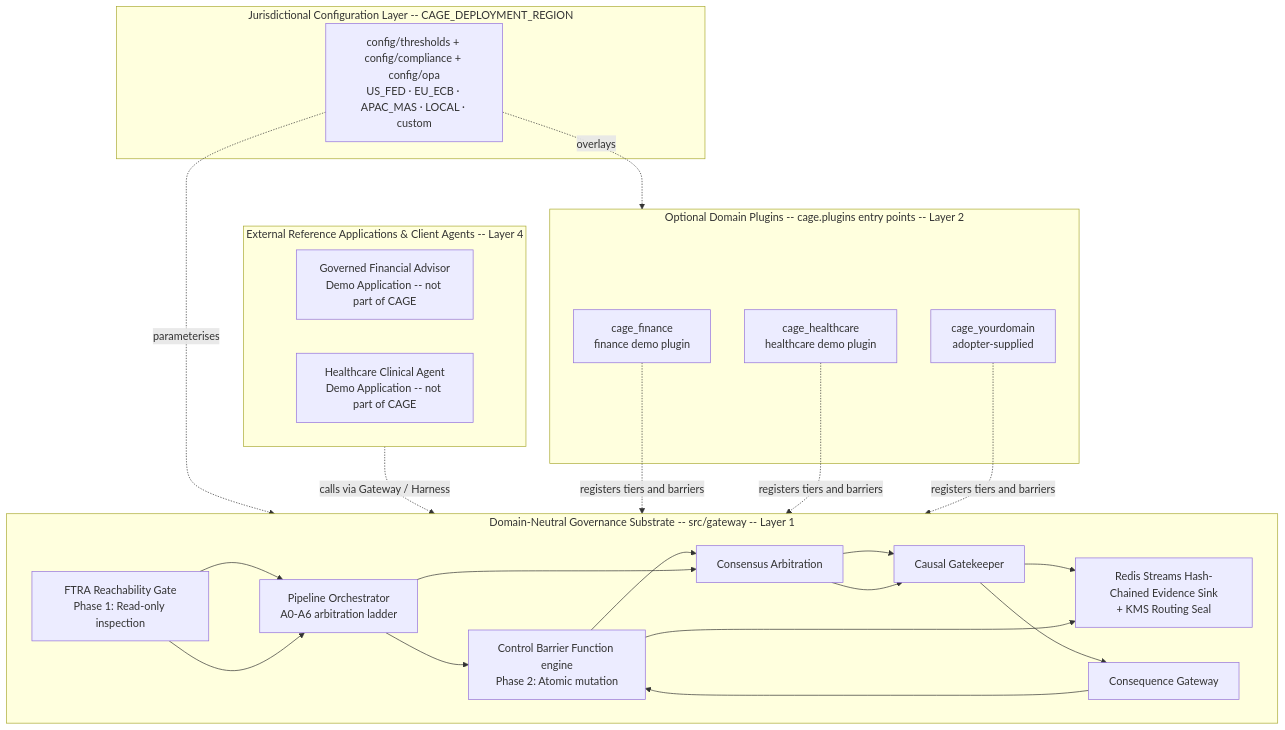
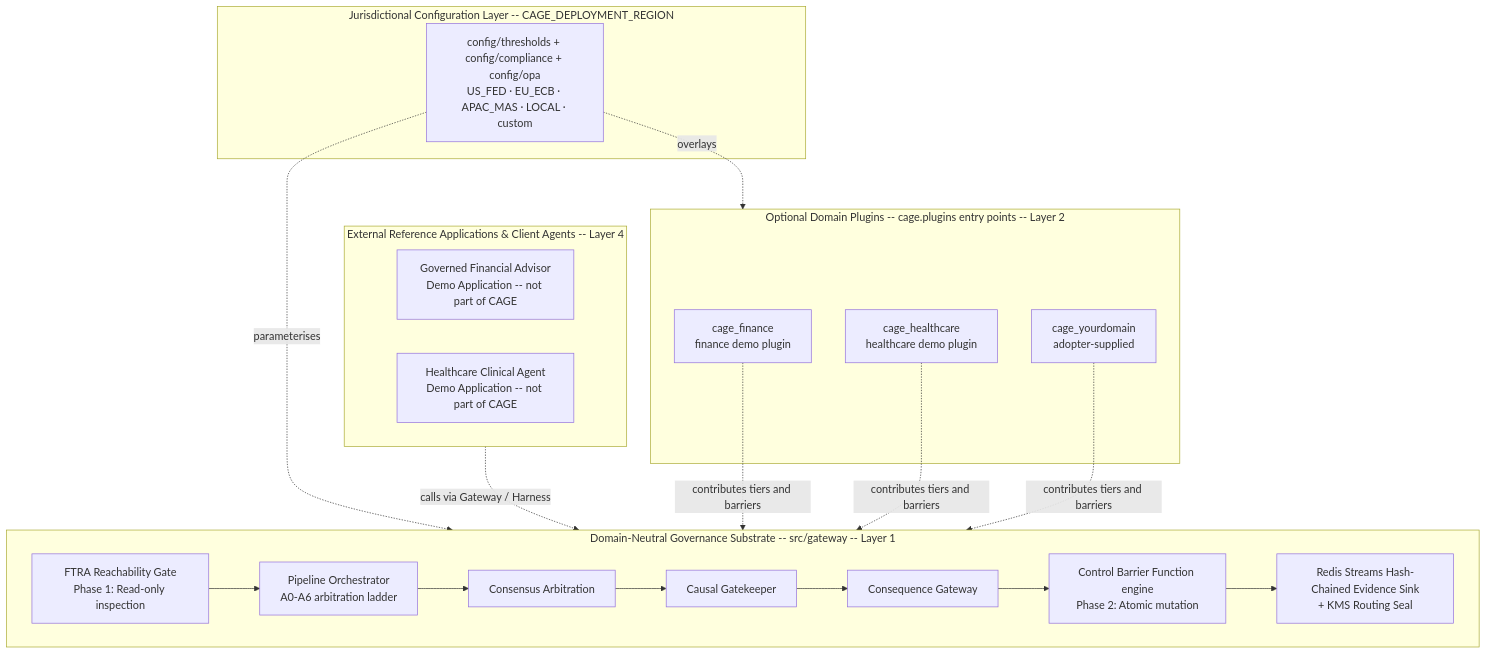
The diagram in README.md (google/cybernetic-agent-governance-engine), drawn with Mermaid before and after one commit. The commit also changed other lines of this file and 33 other files, not shown here.

Commit message:
docs(docs): sync core and architecture docs with HEAD (#324)

````diff
--- a/README.md
+++ b/README.md
@@ -257,39 +254,35 @@
 ```mermaid
 graph TB
     subgraph CFG[Jurisdictional Configuration Layer -- CAGE_DEPLOYMENT_REGION]
         REG[config/thresholds + config/compliance + config/opa<br/>US_FED · EU_ECB · APAC_MAS · LOCAL · custom]
     end
 
     subgraph APP[External Reference Applications & Client Agents -- Layer 4]
         GFA[Governed Financial Advisor<br/>Demo Application -- not part of CAGE]
         HLTH_APP[Healthcare Clinical Agent<br/>Demo Application -- not part of CAGE]
     end
 
     subgraph PLG[Optional Domain Plugins -- cage.plugins entry points -- Layer 2]
         FIN[cage_finance<br/>finance demo plugin]
         HLTH[cage_healthcare<br/>healthcare demo plugin]
         CUST[cage_yourdomain<br/>adopter-supplied]
     end
 
     subgraph CORE[Domain-Neutral Governance Substrate -- src/gateway -- Layer 1]
-        FTRA[FTRA Reachability Gate]
         FTRA[FTRA Reachability Gate<br/>Phase 1: Read-only inspection]
         ORCH[Pipeline Orchestrator<br/>A0-A6 arbitration ladder]
-        CBF[Control Barrier Function engine<br/>atomic Lua hop]
-        CBF[Control Barrier Function engine<br/>Phase 2: Atomic mutation]
         CONS[Consensus Arbitration]
         CAUS[Causal Gatekeeper]
-        EVID[Evidence Chain + KMS Routing Seal]
         CGW[Consequence Gateway]
+        CBF[Control Barrier Function engine<br/>Phase 2: Atomic mutation]
         EVID[Redis Streams Hash-Chained Evidence Sink<br/>+ KMS Routing Seal]
     end
 
     REG -.parameterises.-> CORE
     REG -.overlays.-> PLG
     APP -.calls via Gateway / Harness.-> CORE
-    FIN -.registers tiers and barriers.-> CORE
-    HLTH -.registers tiers and barriers.-> CORE
-    CUST -.registers tiers and barriers.-> CORE
-    FTRA --> ORCH --> CBF --> CONS --> CAUS --> EVID
+    FIN -.contributes tiers and barriers.-> CORE
+    HLTH -.contributes tiers and barriers.-> CORE
+    CUST -.contributes tiers and barriers.-> CORE
     FTRA --> ORCH --> CONS --> CAUS --> CGW --> CBF --> EVID
 ```
````
